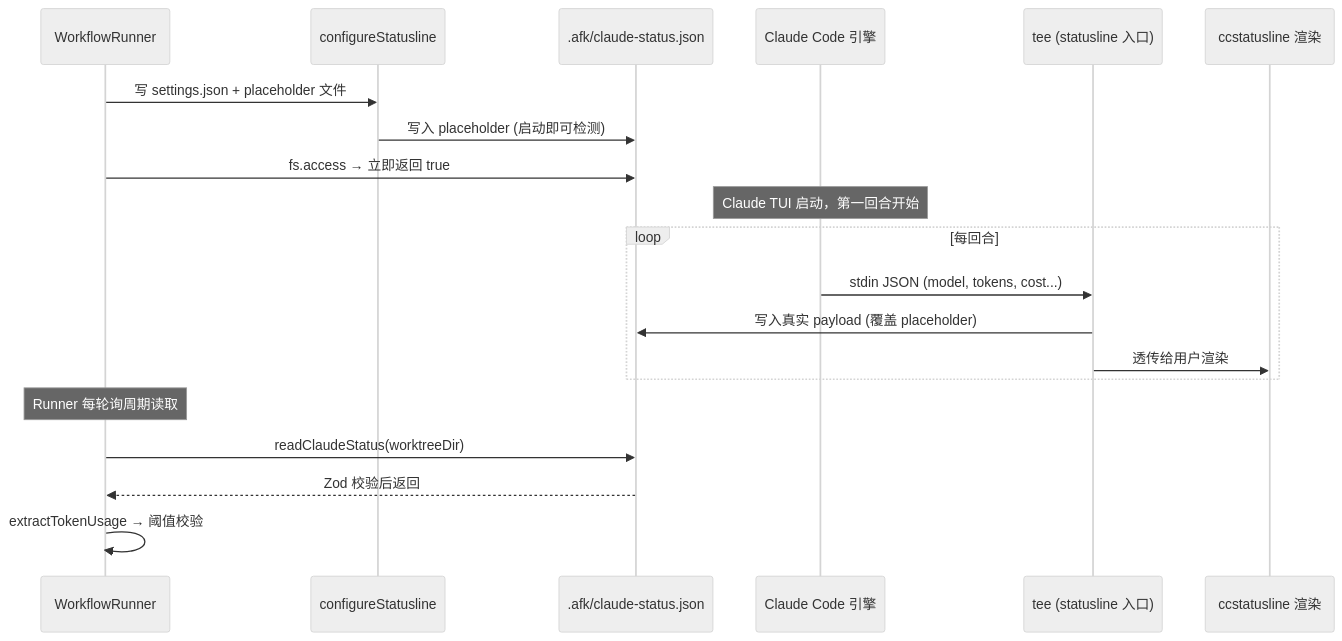
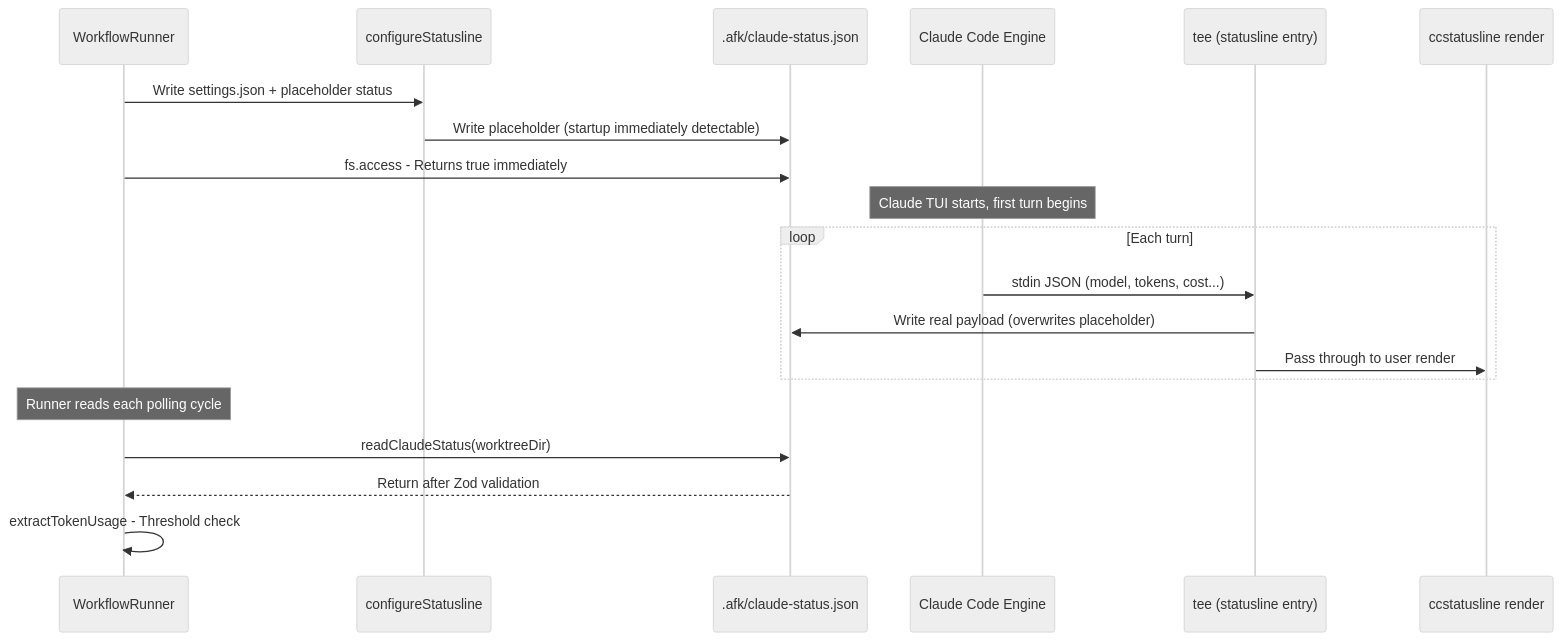
One commit to easyhaloo/afk changed the fifth of 11 diagrams in docs/ARCHITECTURE.md. Above: the diagram before and after it, drawn with Mermaid (neutral theme). The commit also changed other lines of this file, not shown here.

Commit message:
docs: add English ARCHITECTURE.md

````diff
--- a/docs/ARCHITECTURE.md
+++ b/docs/ARCHITECTURE.md
@@ -287,25 +287,25 @@
 ```mermaid
 sequenceDiagram
     participant W as WorkflowRunner
     participant SCONF as configureStatusline
     participant JSON as .afk/claude-status.json
-    participant CC as Claude Code 引擎
-    participant Tee as tee (statusline 入口)
-    participant SL as ccstatusline 渲染
+    participant CC as Claude Code Engine
+    participant Tee as tee (statusline entry)
+    participant SL as ccstatusline render
 
-    W->>SCONF: 写 settings.json + placeholder 文件
-    SCONF->>JSON: 写入 placeholder (启动即可检测)
-    W->>JSON: fs.access → 立即返回 true
+    W->>SCONF: Write settings.json + placeholder status
+    SCONF->>JSON: Write placeholder (startup immediately detectable)
+    W->>JSON: fs.access - Returns true immediately
 
-    Note over CC: Claude TUI 启动，第一回合开始
-    loop 每回合
+    Note over CC: Claude TUI starts, first turn begins
+    loop Each turn
         CC->>Tee: stdin JSON (model, tokens, cost...)
-        Tee->>JSON: 写入真实 payload (覆盖 placeholder)
-        Tee->>SL: 透传给用户渲染
+        Tee->>JSON: Write real payload (overwrites placeholder)
+        Tee->>SL: Pass through to user render
     end
 
-    Note over W: Runner 每轮询周期读取
+    Note over W: Runner reads each polling cycle
     W->>JSON: readClaudeStatus(worktreeDir)
-    JSON-->>W: Zod 校验后返回
-    W->>W: extractTokenUsage → 阈值校验
+    JSON-->>W: Return after Zod validation
+    W->>W: extractTokenUsage - Threshold check
 ```
````
